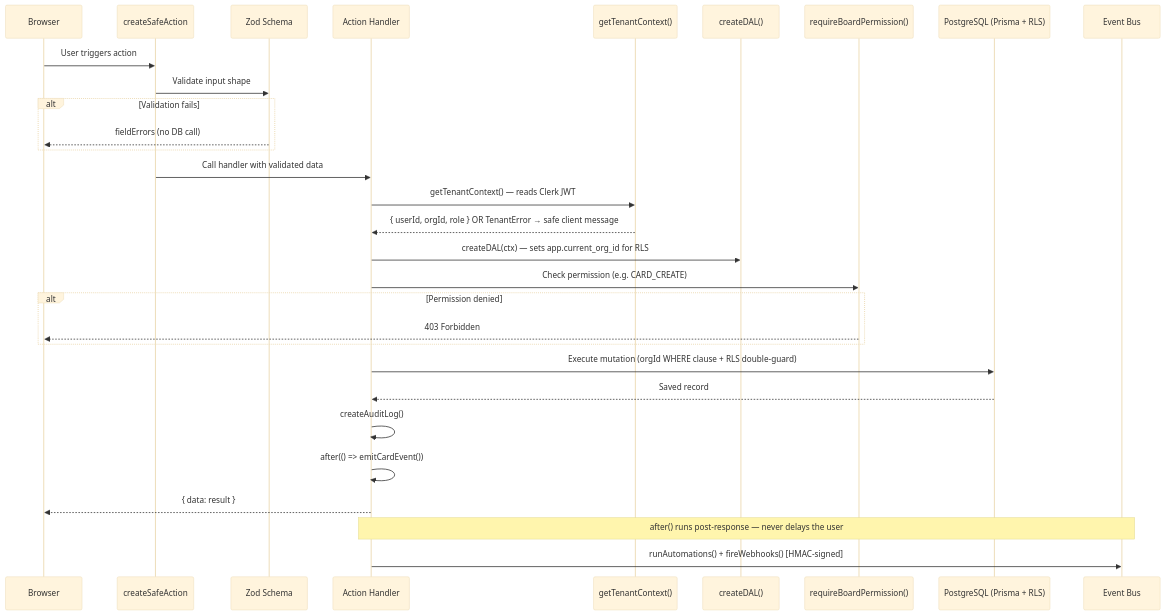
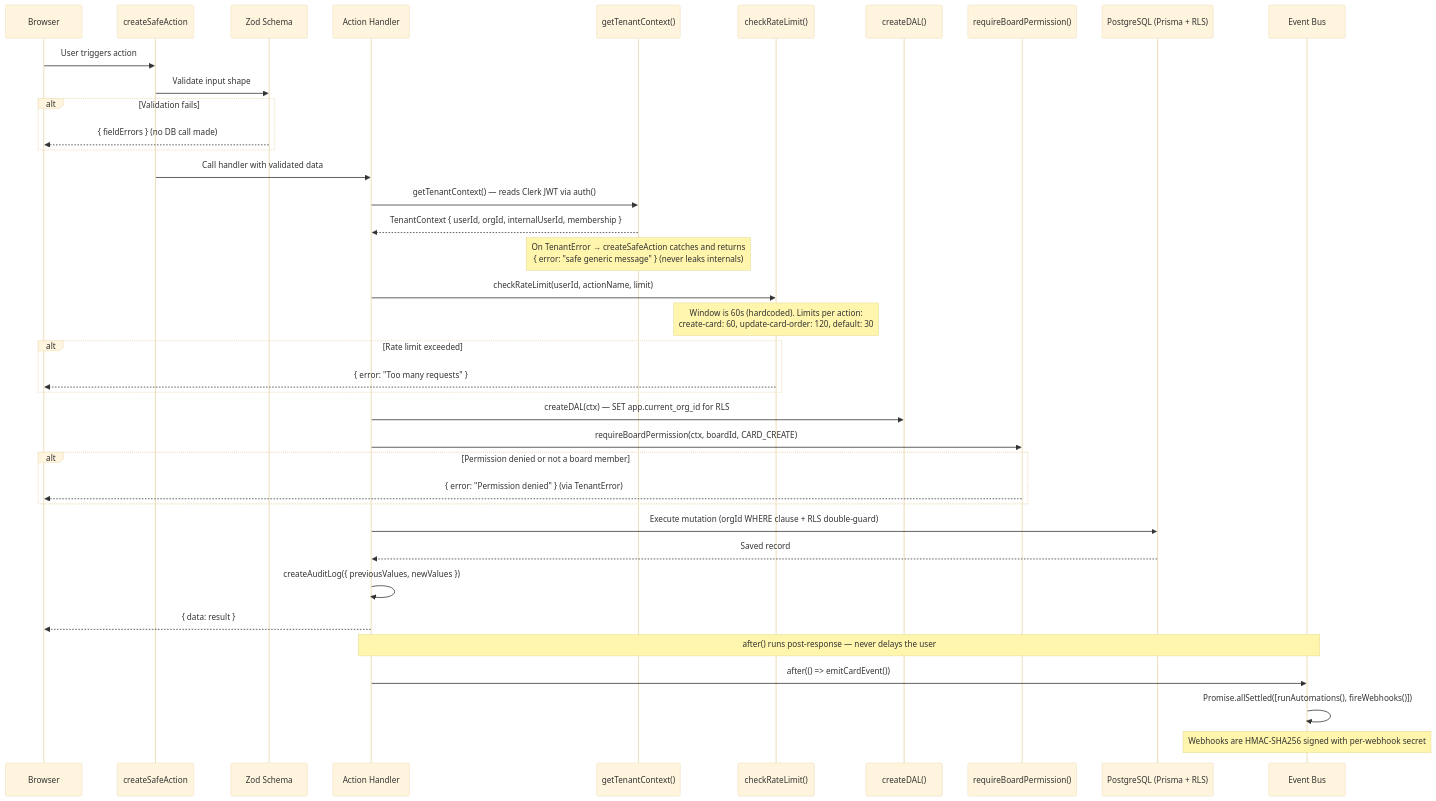
The third of 5 diagrams in README.md (viraj1011JAIN/Nexus), drawn with Mermaid (base theme) before and after one commit. The commit also changed other lines of this file and 1 other file, not shown here.

````diff
--- a/README.md
+++ b/README.md
@@ -1244,33 +1277,41 @@
 ```mermaid
 sequenceDiagram
     participant Client as Browser
     participant CSA as createSafeAction
     participant ZOD as Zod Schema
     participant Handler as Action Handler
     participant TC as getTenantContext()
+    participant RL as checkRateLimit()
     participant DAL as createDAL()
     participant RBAC as requireBoardPermission()
     participant DB as PostgreSQL (Prisma + RLS)
     participant EB as Event Bus
 
     Client->>CSA: User triggers action
     CSA->>ZOD: Validate input shape
     alt Validation fails
-        ZOD-->>Client: fieldErrors (no DB call)
+        ZOD-->>Client: { fieldErrors } (no DB call made)
     end
     CSA->>Handler: Call handler with validated data
-    Handler->>TC: getTenantContext() — reads Clerk JWT
-    TC-->>Handler: { userId, orgId, role } OR TenantError → safe client message
-    Handler->>DAL: createDAL(ctx) — sets app.current_org_id for RLS
-    Handler->>RBAC: Check permission (e.g. CARD_CREATE)
-    alt Permission denied
-        RBAC-->>Client: 403 Forbidden
+    Handler->>TC: getTenantContext() — reads Clerk JWT via auth()
+    TC-->>Handler: TenantContext { userId, orgId, internalUserId, membership }
+    Note over TC: On TenantError → createSafeAction catches and returns<br/>{ error: "safe generic message" } (never leaks internals)
+    Handler->>RL: checkRateLimit(userId, actionName, limit)
+    Note over RL: Window is 60s (hardcoded). Limits per action:<br/>create-card: 60, update-card-order: 120, default: 30
+    alt Rate limit exceeded
+        RL-->>Client: { error: "Too many requests" }
+    end
+    Handler->>DAL: createDAL(ctx) — SET app.current_org_id for RLS
+    Handler->>RBAC: requireBoardPermission(ctx, boardId, CARD_CREATE)
+    alt Permission denied or not a board member
+        RBAC-->>Client: { error: "Permission denied" } (via TenantError)
     end
     Handler->>DB: Execute mutation (orgId WHERE clause + RLS double-guard)
     DB-->>Handler: Saved record
-    Handler->>Handler: createAuditLog()
-    Handler->>Handler: after(() => emitCardEvent())
+    Handler->>Handler: createAuditLog({ previousValues, newValues })
     Handler-->>Client: { data: result }
     Note over Handler,EB: after() runs post-response — never delays the user
-    Handler->>EB: runAutomations() + fireWebhooks() [HMAC-signed]
+    Handler->>EB: after(() => emitCardEvent())
+    EB->>EB: Promise.allSettled([runAutomations(), fireWebhooks()])
+    Note over EB: Webhooks are HMAC-SHA256 signed with per-webhook secret
 ```
````
